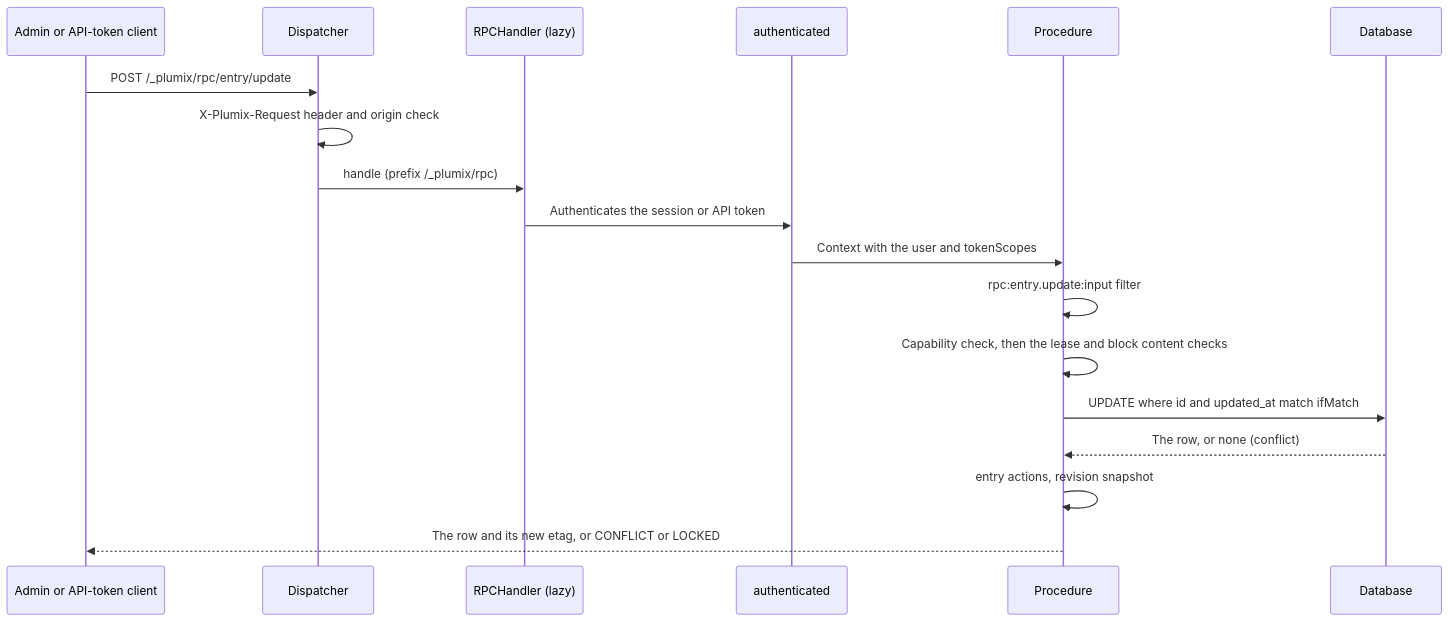
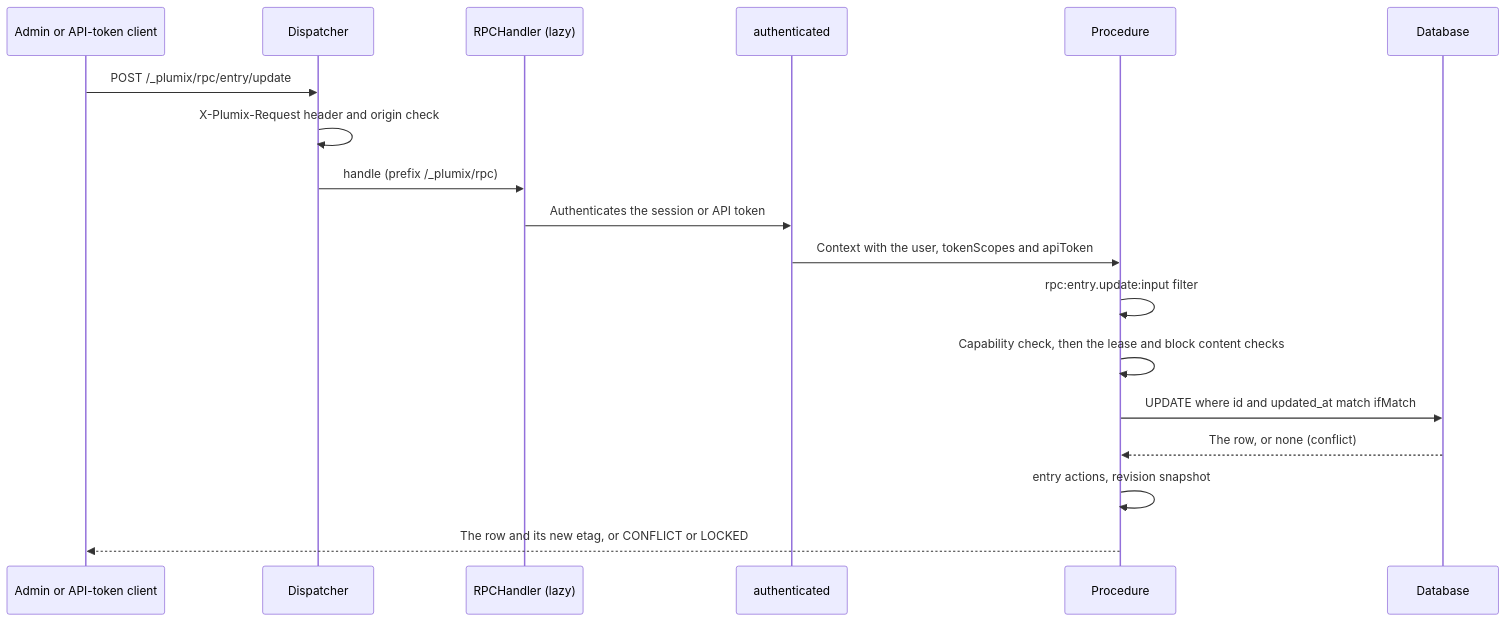
The first of 2 diagrams in docs/architecture/rpc-and-editing.md (withplumix/plumix), drawn with Mermaid before and after one commit. The commit also changed other lines of this file and 27 other files, not shown here.

First line of the commit message:
feat(core): attribute an api token's changes in revisions

````diff
--- a/docs/architecture/rpc-and-editing.md
+++ b/docs/architecture/rpc-and-editing.md
@@ -7,20 +7,20 @@
 ```mermaid
 sequenceDiagram
   participant C as Admin or API-token client
   participant D as Dispatcher
   participant H as RPCHandler (lazy)
   participant A as authenticated
   participant P as Procedure
   participant DB as Database
   C->>D: POST /_plumix/rpc/entry/update
   D->>D: X-Plumix-Request header and origin check
   D->>H: handle (prefix /_plumix/rpc)
   H->>A: Authenticates the session or API token
-  A->>P: Context with the user and tokenScopes
+  A->>P: Context with the user, tokenScopes and apiToken
   P->>P: rpc:entry.update:input filter
   P->>P: Capability check, then the lease and block content checks
   P->>DB: UPDATE where id and updated_at match ifMatch
   DB-->>P: The row, or none (conflict)
   P->>P: entry actions, revision snapshot
   P-->>C: The row and its new etag, or CONFLICT or LOCKED
 ```
````
